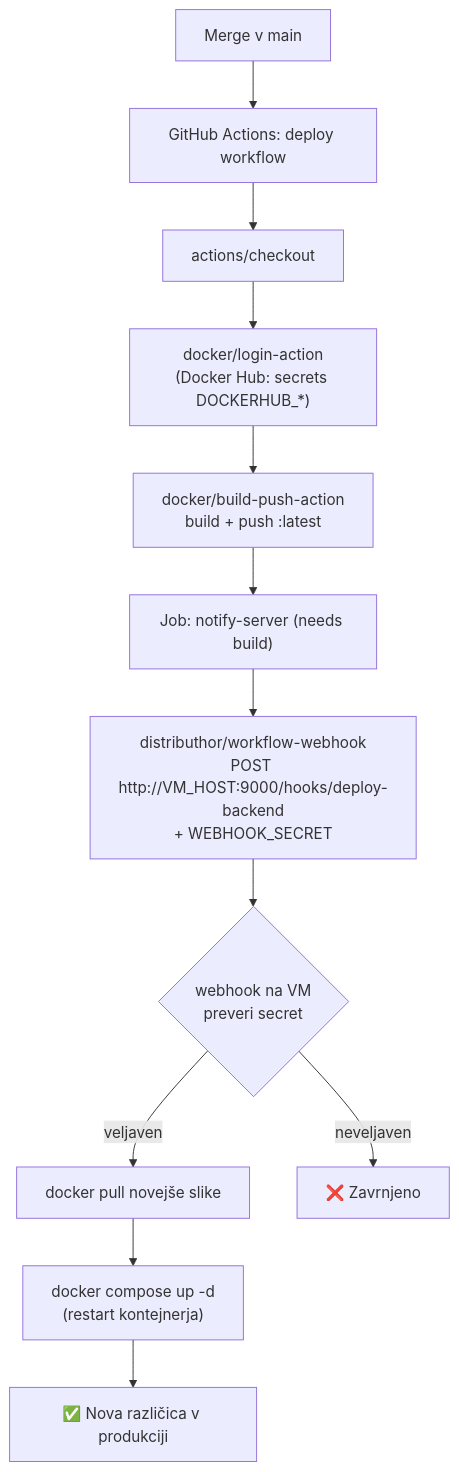
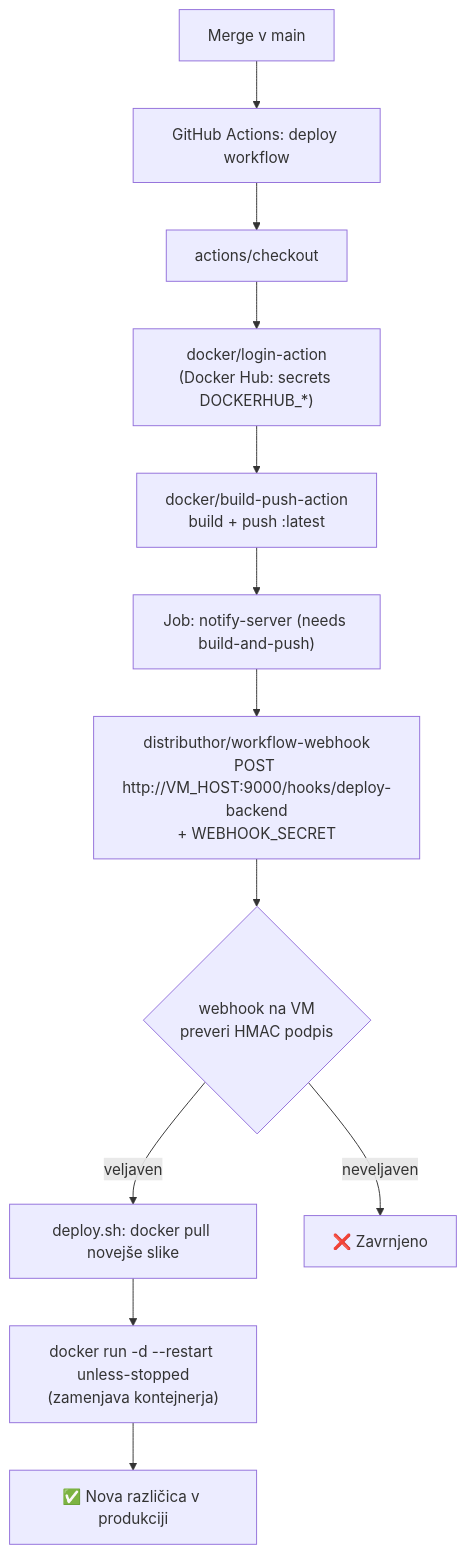
The tenth of 11 diagrams in DOKUMENTACIJA.md (DropInSlovenia/dokumentacija), drawn with Mermaid before and after one commit. The commit also changed other lines of this file, not shown here.

````diff
--- a/DOKUMENTACIJA.md
+++ b/DOKUMENTACIJA.md
@@ -746,14 +941,14 @@
 ```mermaid
 flowchart TD
     A["Merge v main"] --> B["GitHub Actions: deploy workflow"]
     B --> C["actions/checkout"]
     C --> D["docker/login-action<br/>(Docker Hub: secrets DOCKERHUB_*)"]
     D --> E["docker/build-push-action<br/>build + push :latest"]
-    E --> F["Job: notify-server (needs build)"]
+    E --> F["Job: notify-server (needs build-and-push)"]
     F --> G["distributhor/workflow-webhook<br/>POST http://VM_HOST:9000/hooks/deploy-backend<br/>+ WEBHOOK_SECRET"]
-    G --> H{"webhook na VM<br/>preveri secret"}
-    H -->|veljaven| I["docker pull novejše slike"]
-    I --> J["docker compose up -d<br/>(restart kontejnerja)"]
+    G --> H{"webhook na VM<br/>preveri HMAC podpis"}
+    H -->|veljaven| I["deploy.sh: docker pull novejše slike"]
+    I --> J["docker run -d --restart unless-stopped<br/>(zamenjava kontejnerja)"]
     J --> K["✅ Nova različica v produkciji"]
     H -->|neveljaven| L["❌ Zavrnjeno"]
 ```
````
